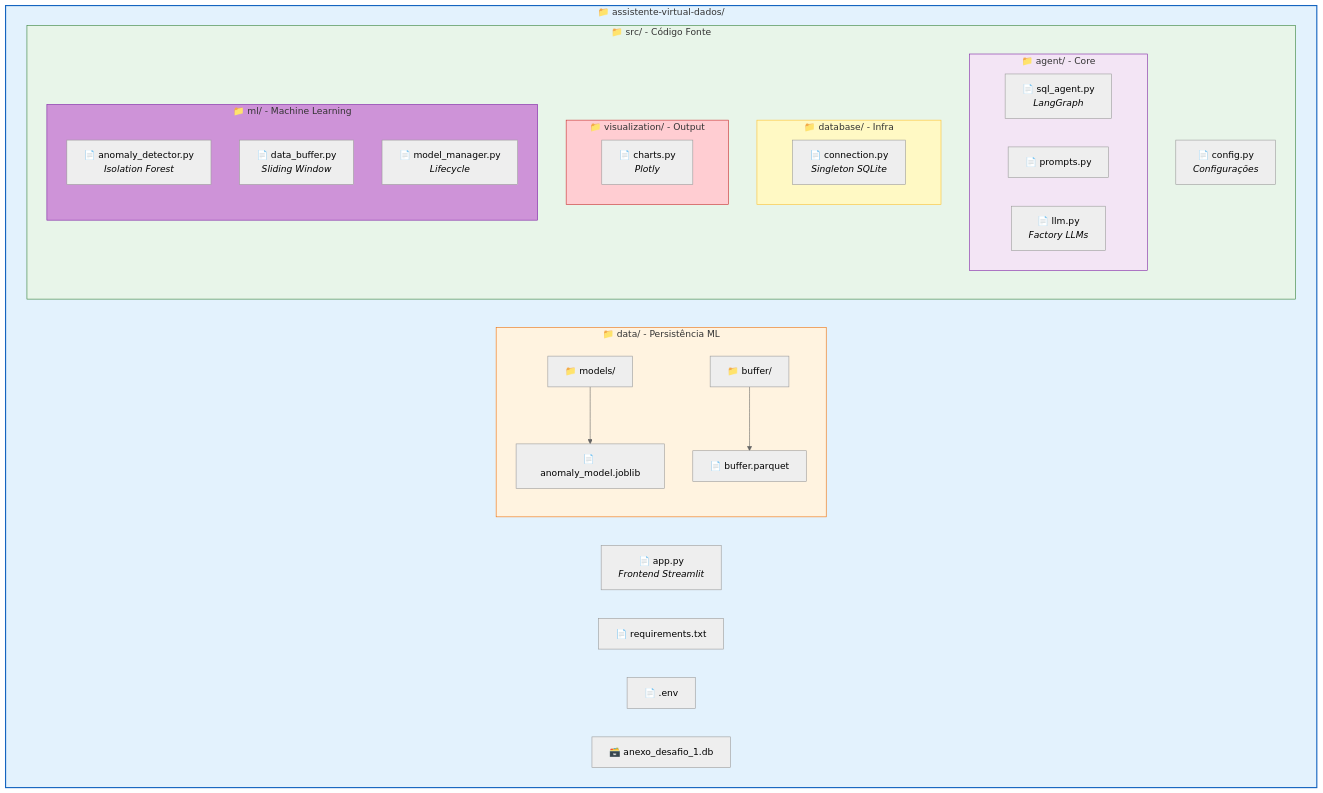
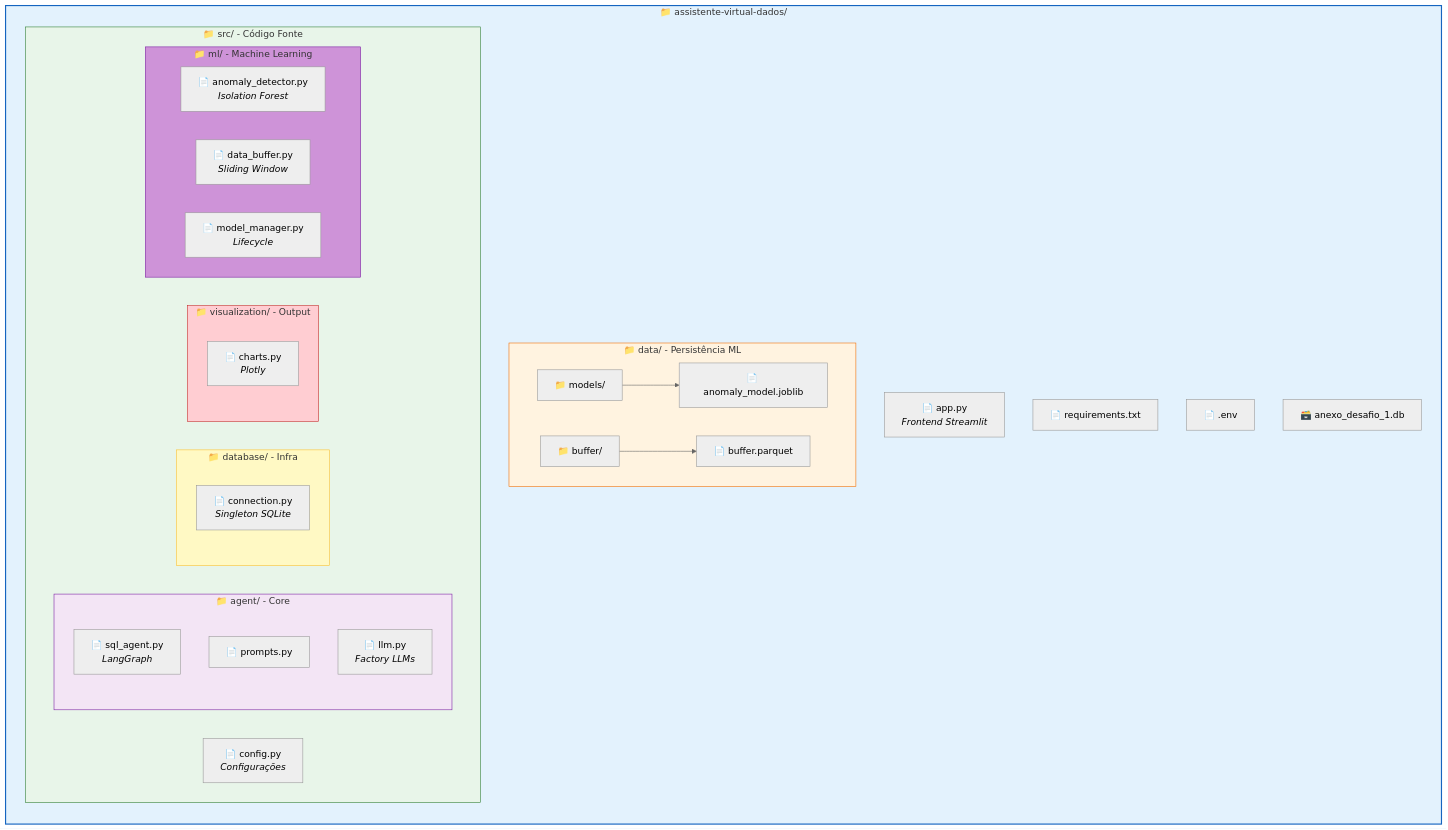
The first of 3 diagrams in decisions.md (MarceloCMAmaral/data-agent-with-anomaly-detection), drawn with Mermaid (neutral theme) before and after one commit.

````diff
--- a/decisions.md
+++ b/decisions.md
@@ -145,51 +145,51 @@
 ```mermaid
-graph TD
+graph LR
     subgraph Root["📁 assistente-virtual-dados/"]
         APP["📄 app.py<br/><i>Frontend Streamlit</i>"]
         REQ["📄 requirements.txt"]
         ENV["📄 .env"]
         DB["🗃️ anexo_desafio_1.db"]
         
         subgraph DATA["📁 data/ - Persistência ML"]
             MODELS["📁 models/"]
             BUFFER["📁 buffer/"]
             MODEL_FILE["📄 anomaly_model.joblib"]
             BUFFER_FILE["📄 buffer.parquet"]
         end
         
         subgraph SRC["📁 src/ - Código Fonte"]
             CONFIG["📄 config.py<br/><i>Configurações</i>"]
             
             subgraph AGENT["📁 agent/ - Core"]
                 SQL_AGENT["📄 sql_agent.py<br/><i>LangGraph</i>"]
                 PROMPTS["📄 prompts.py"]
                 LLM["📄 llm.py<br/><i>Factory LLMs</i>"]
             end
             
             subgraph DATABASE["📁 database/ - Infra"]
                 CONN["📄 connection.py<br/><i>Singleton SQLite</i>"]
             end
             
             subgraph VIZ["📁 visualization/ - Output"]
                 CHARTS["📄 charts.py<br/><i>Plotly</i>"]
             end
             
             subgraph ML["📁 ml/ - Machine Learning"]
                 DETECTOR["📄 anomaly_detector.py<br/><i>Isolation Forest</i>"]
                 DATA_BUF["📄 data_buffer.py<br/><i>Sliding Window</i>"]
                 MANAGER["📄 model_manager.py<br/><i>Lifecycle</i>"]
             end
         end
     end
     
     MODELS --> MODEL_FILE
     BUFFER --> BUFFER_FILE
     
     style Root fill:#E3F2FD,stroke:#1565C0,stroke-width:2px
     style DATA fill:#FFF3E0,stroke:#EF6C00,stroke-width:1px
     style SRC fill:#E8F5E9,stroke:#2E7D32,stroke-width:1px
     style AGENT fill:#F3E5F5,stroke:#7B1FA2,stroke-width:1px
     style DATABASE fill:#FFF9C4,stroke:#FBC02D,stroke-width:1px
     style VIZ fill:#FFCDD2,stroke:#C62828,stroke-width:1px
     style ML fill:#CE93D8,stroke:#7B1FA2,stroke-width:1px
 ```
````
